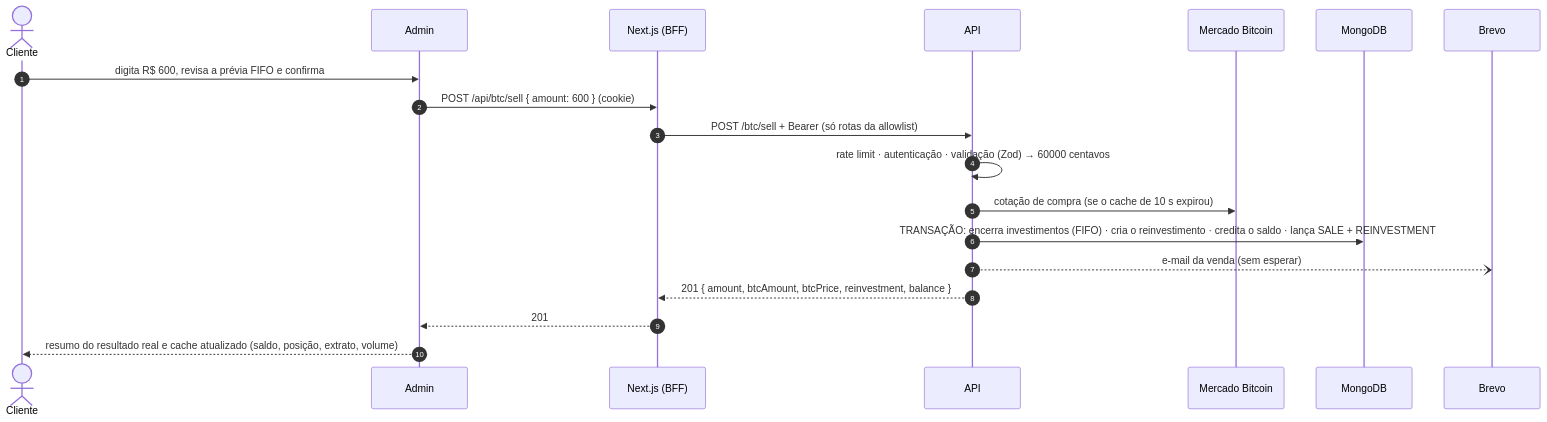
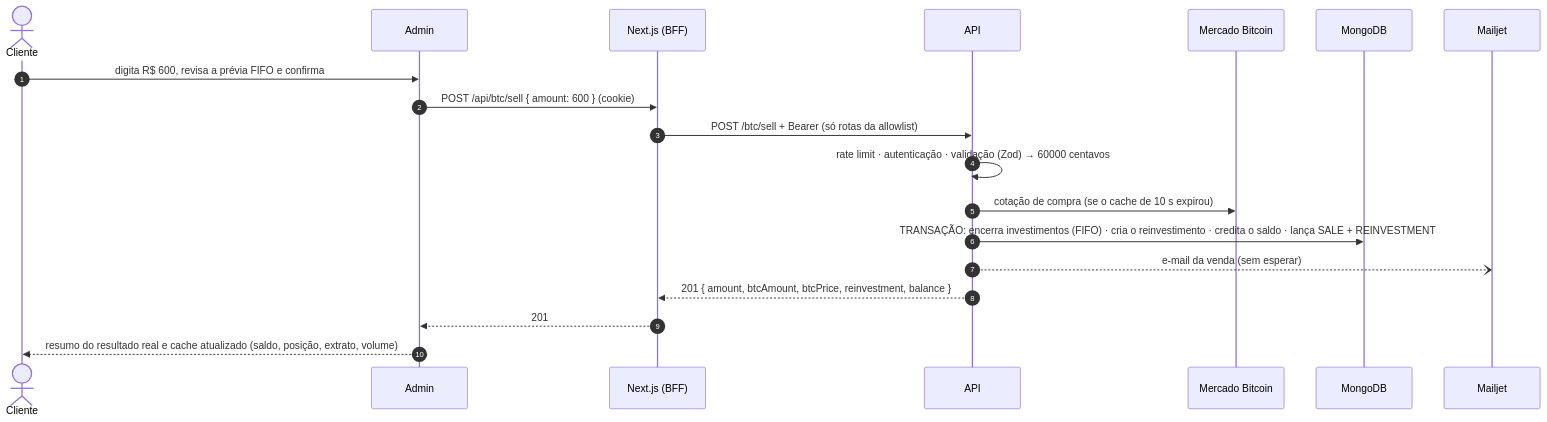
The third of 3 diagrams in docs/architecture.md (ton-ayr/Bitcoinzz), drawn with Mermaid before and after one commit. The commit also changed other lines of this file and 22 other files, not shown here.

````diff
--- a/docs/architecture.md
+++ b/docs/architecture.md
@@ -110,22 +110,22 @@
 ```mermaid
 sequenceDiagram
   autonumber
   actor C as Cliente
   participant UI as Admin
   participant BFF as Next.js (BFF)
   participant API as API
   participant MB as Mercado Bitcoin
   participant DB as MongoDB
-  participant MAIL as Brevo
+  participant MAIL as Mailjet
 
   C->>UI: digita R$ 600, revisa a prévia FIFO e confirma
   UI->>BFF: POST /api/btc/sell { amount: 600 } (cookie)
   BFF->>API: POST /btc/sell + Bearer (só rotas da allowlist)
   API->>API: rate limit · autenticação · validação (Zod) → 60000 centavos
   API->>MB: cotação de compra (se o cache de 10 s expirou)
   API->>DB: TRANSAÇÃO: encerra investimentos (FIFO) · cria o reinvestimento · credita o saldo · lança SALE + REINVESTMENT
   API--)MAIL: e-mail da venda (sem esperar)
   API-->>BFF: 201 { amount, btcAmount, btcPrice, reinvestment, balance }
   BFF-->>UI: 201
   UI-->>C: resumo do resultado real e cache atualizado (saldo, posição, extrato, volume)
 ```
````
